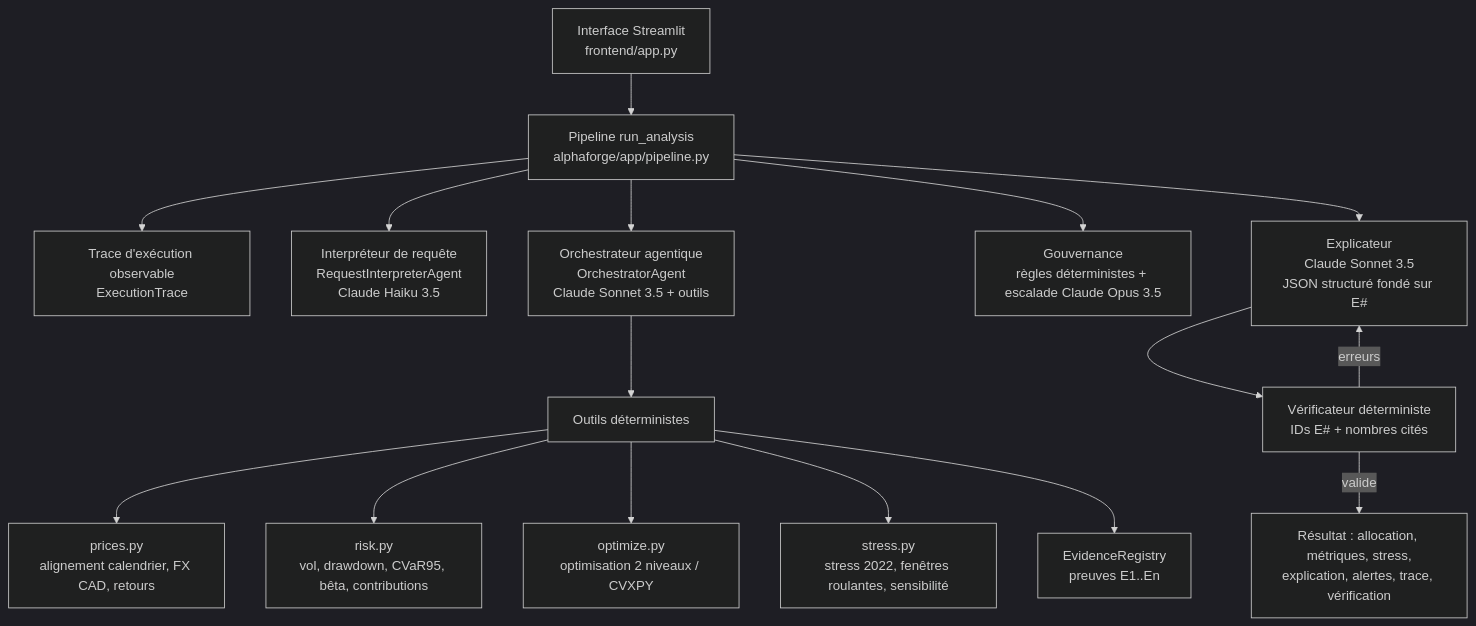
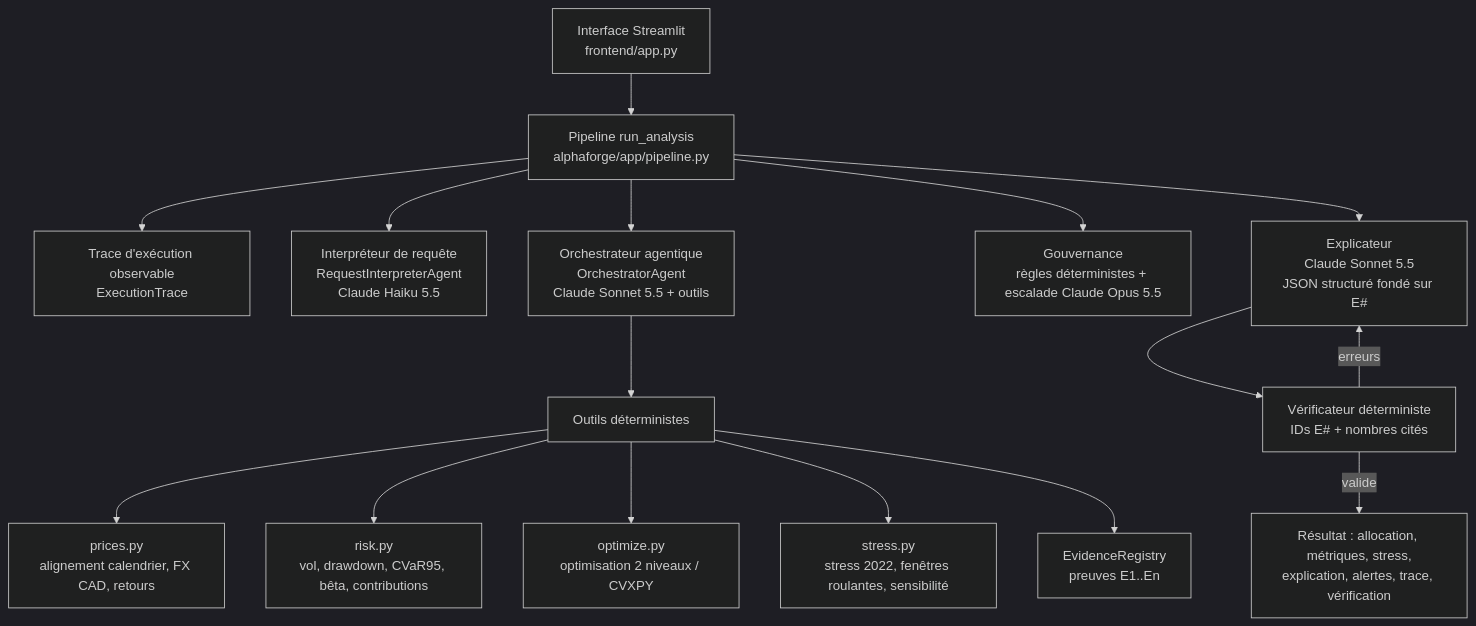
The diagram in README.md (jolojo500/AlphaForge_AI), drawn with Mermaid (dark theme) before and after one commit. The commit also changed other lines of this file and 1 other file, not shown here.

Commit message:
docs: fix Claude model versions (5.5, not 3.5)

````diff
--- a/README.md
+++ b/README.md
@@ -14,18 +14,18 @@
 ```mermaid
 flowchart TD
     U[Interface Streamlit<br/>frontend/app.py] --> P[Pipeline run_analysis<br/>alphaforge/app/pipeline.py]
     P --> T[Trace d'exécution observable<br/>ExecutionTrace]
-    P --> I[Interpréteur de requête<br/>RequestInterpreterAgent<br/>Claude Haiku 3.5]
-    P --> O[Orchestrateur agentique<br/>OrchestratorAgent<br/>Claude Sonnet 3.5 + outils]
+    P --> I[Interpréteur de requête<br/>RequestInterpreterAgent<br/>Claude Haiku 5.5]
+    P --> O[Orchestrateur agentique<br/>OrchestratorAgent<br/>Claude Sonnet 5.5 + outils]
     O --> Q[Outils déterministes]
     Q --> PR[prices.py<br/>alignement calendrier, FX CAD, retours]
     Q --> RK[risk.py<br/>vol, drawdown, CVaR95, bêta, contributions]
     Q --> OP[optimize.py<br/>optimisation 2 niveaux / CVXPY]
     Q --> ST[stress.py<br/>stress 2022, fenêtres roulantes, sensibilité]
     Q --> E[EvidenceRegistry<br/>preuves E1..En]
-    P --> G[Gouvernance<br/>règles déterministes + escalade Claude Opus 3.5]
-    P --> X[Explicateur<br/>Claude Sonnet 3.5<br/>JSON structuré fondé sur E#]
+    P --> G[Gouvernance<br/>règles déterministes + escalade Claude Opus 5.5]
+    P --> X[Explicateur<br/>Claude Sonnet 5.5<br/>JSON structuré fondé sur E#]
     X --> V[Vérificateur déterministe<br/>IDs E# + nombres cités]
     V -->|valide| R[Résultat : allocation, métriques, stress,<br/>explication, alertes, trace, vérification]
     V -->|erreurs| X
 ```
````
